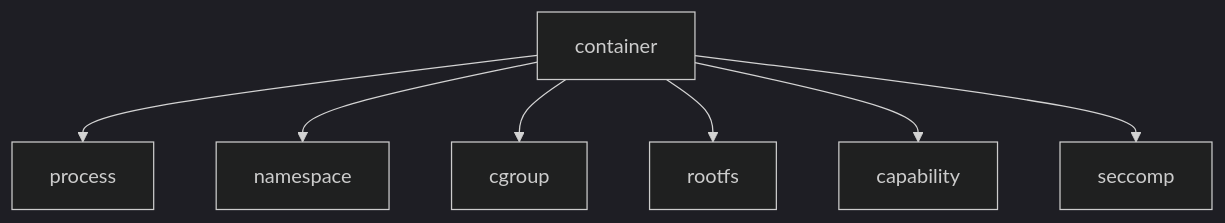
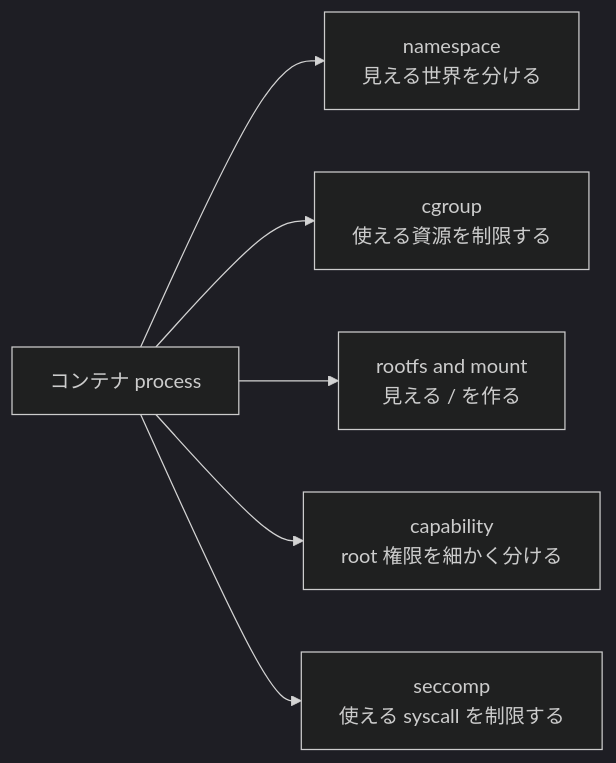
Before and after one commit to HukuKaich0u/learning-linux-and-container-for-youki: the third of 4 diagrams in docs/container-internals/01-overview.md, drawn with Mermaid (dark theme). The commit also changed other lines of this file and 13 other files, not shown here.

````diff
--- a/docs/container-internals/01-overview.md
+++ b/docs/container-internals/01-overview.md
@@ -28,9 +146,14 @@
 ```mermaid
-flowchart TD
-  A[container] --> B[process]
-  A --> C[namespace]
-  A --> D[cgroup]
-  A --> E[rootfs]
-  A --> F[capability]
-  A --> G[seccomp]
+flowchart LR
+  A[コンテナ process]
+  B[namespace<br>見える世界を分ける]
+  C[cgroup<br>使える資源を制限する]
+  D[rootfs and mount<br>見える / を作る]
+  E[capability<br>root 権限を細かく分ける]
+  F[seccomp<br>使える syscall を制限する]
+  A --> B
+  A --> C
+  A --> D
+  A --> E
+  A --> F
 ```
````
